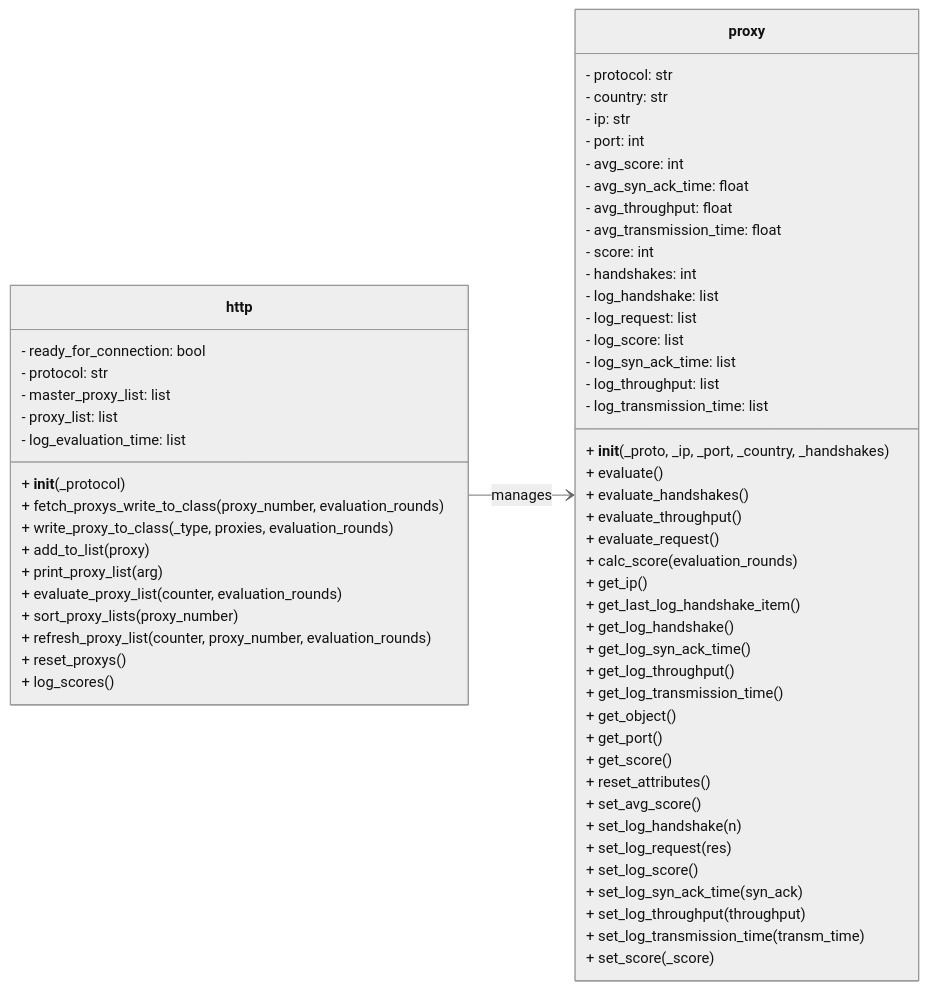
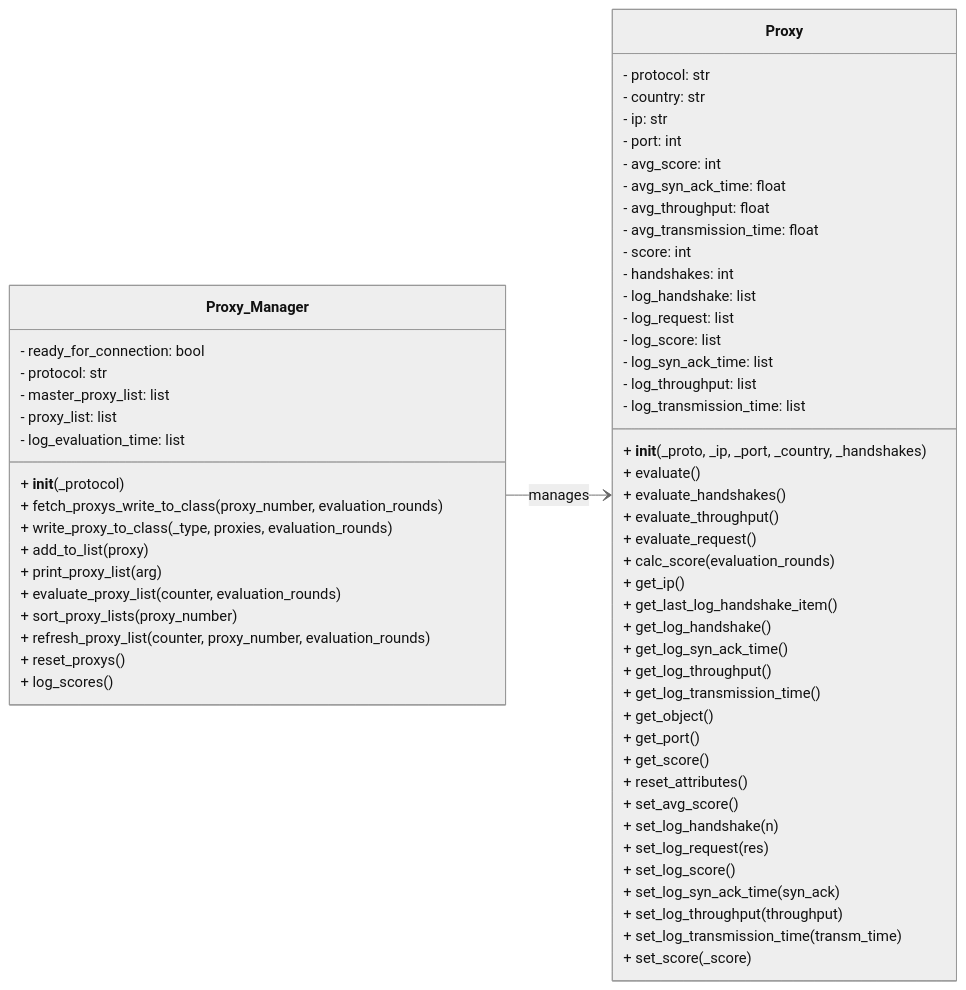
Before and after one commit to quintuscodes/Proxy-Reliability-using-Proxybroker2: the first of 2 diagrams in README.md, drawn with Mermaid.

Commit message:
README.md

````diff
--- a/README.md
+++ b/README.md
@@ -14,67 +14,67 @@
 ```mermaid 
 %%{init: {'theme':'neutral'}}%%
 classDiagram
   direction LR
-  class http {
+  class Proxy_Manager {
     - ready_for_connection: bool
     - protocol: str
     - master_proxy_list: list
     - proxy_list: list
     - log_evaluation_time: list
     + __init__(_protocol)
     + fetch_proxys_write_to_class(proxy_number, evaluation_rounds)
     + write_proxy_to_class(_type, proxies, evaluation_rounds)
     + add_to_list(proxy)
     + print_proxy_list(arg)
     + evaluate_proxy_list(counter, evaluation_rounds)
     + sort_proxy_lists(proxy_number)
     + refresh_proxy_list(counter, proxy_number, evaluation_rounds)
     + reset_proxys()
     + log_scores()
   }
 
-  class proxy {
+  class Proxy {
     - protocol: str
     - country: str
     - ip: str
     - port: int
     - avg_score: int
     - avg_syn_ack_time: float
     - avg_throughput: float
     - avg_transmission_time: float
     - score: int
     - handshakes: int
     - log_handshake: list
     - log_request: list
     - log_score: list
     - log_syn_ack_time: list
     - log_throughput: list
     - log_transmission_time: list
     + __init__(_proto, _ip, _port, _country, _handshakes)
     + evaluate()
     + evaluate_handshakes()
     + evaluate_throughput()
     + evaluate_request()
     + calc_score(evaluation_rounds)
     + get_ip()
     + get_last_log_handshake_item()
     + get_log_handshake()
     + get_log_syn_ack_time()
     + get_log_throughput()
     + get_log_transmission_time()
     + get_object()
     + get_port()
     + get_score()
     + reset_attributes()
     + set_avg_score()
     + set_log_handshake(n)
     + set_log_request(res)
     + set_log_score()
     + set_log_syn_ack_time(syn_ack)
     + set_log_throughput(throughput)
     + set_log_transmission_time(transm_time)
     + set_score(_score)
   }
 
-  http --> proxy : manages
+  Proxy_Manager --> Proxy : manages
 ```
````
